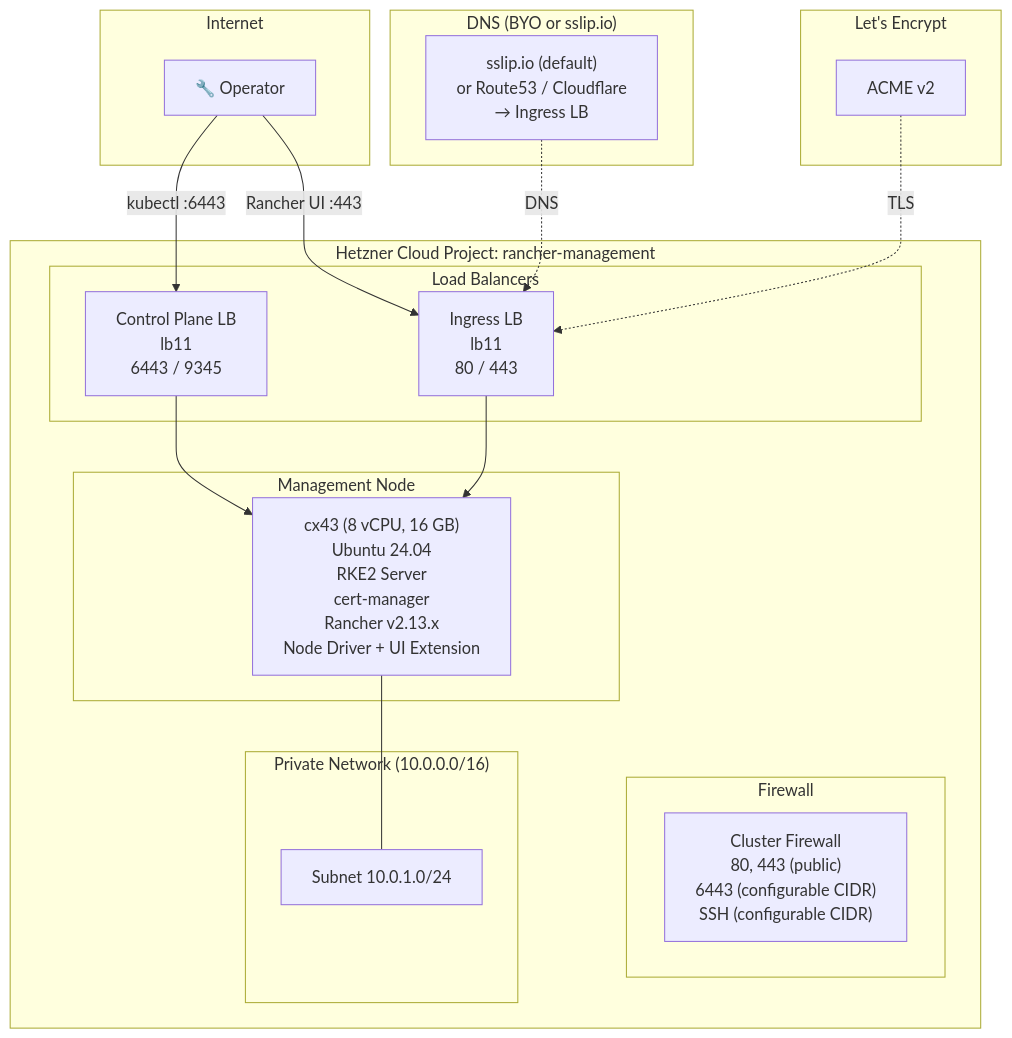
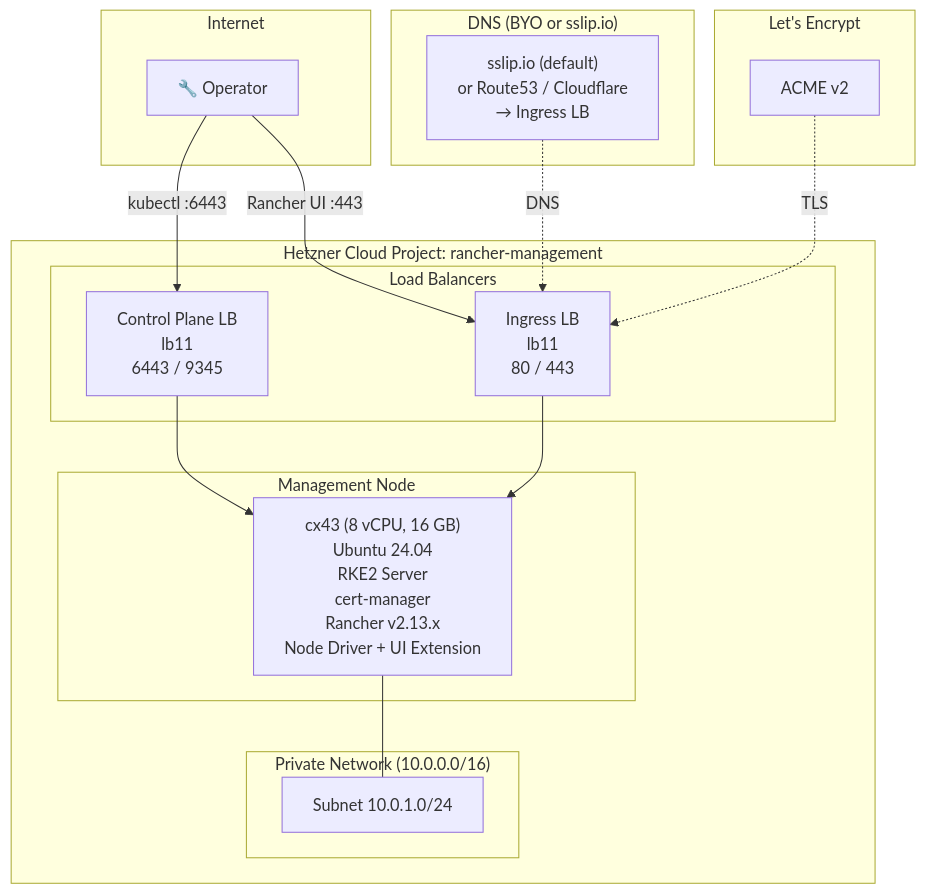
One commit to mbilan1/terraform-hcloud-rancher changed the second of 6 diagrams in docs/ARCHITECTURE.md. Above: the diagram before and after it, drawn with Mermaid. The commit also changed other lines of this file and 6 other files, not shown here.

````diff
--- a/docs/ARCHITECTURE.md
+++ b/docs/ARCHITECTURE.md
@@ -175,43 +175,39 @@
 ```mermaid
 flowchart TB
     subgraph internet["Internet"]
         operator["🔧 Operator"]
     end
 
     subgraph hetzner["Hetzner Cloud Project: rancher-management"]
         subgraph lb_layer["Load Balancers"]
             cp_lb["Control Plane LB\nlb11\n6443 / 9345"]
             ingress_lb["Ingress LB\nlb11\n80 / 443"]
-        end
-
-        subgraph fw["Firewall"]
-            cluster_fw["Cluster Firewall\n80, 443 (public)\n6443 (configurable CIDR)\nSSH (configurable CIDR)"]
         end
 
         subgraph mgmt["Management Node"]
             node["cx43 (8 vCPU, 16 GB)\nUbuntu 24.04\nRKE2 Server\ncert-manager\nRancher v2.13.x\nNode Driver + UI Extension"]
         end
 
         subgraph network["Private Network (10.0.0.0/16)"]
             subnet["Subnet 10.0.1.0/24"]
         end
     end
 
     subgraph dns["DNS (BYO or sslip.io)"]
         resolver["sslip.io (default)\nor Route53 / Cloudflare\n→ Ingress LB"]
     end
 
     subgraph letsencrypt["Let's Encrypt"]
         acme["ACME v2"]
     end
 
     operator -->|"Rancher UI :443"| ingress_lb
     operator -->|"kubectl :6443"| cp_lb
 
     cp_lb --> node
     ingress_lb --> node
     node --- subnet
 
     resolver -.->|"DNS"| ingress_lb
     acme -.->|"TLS"| ingress_lb
 ```
````
